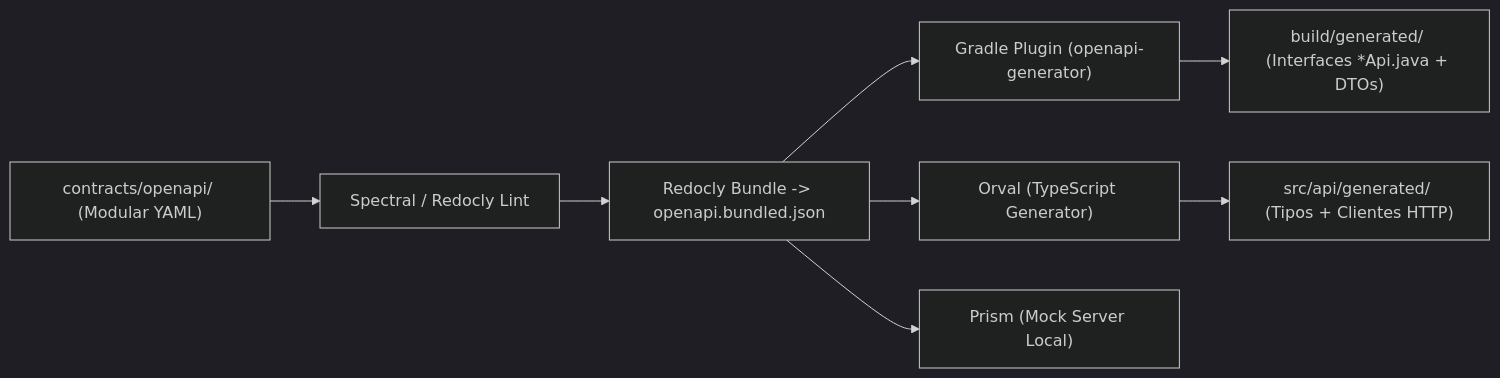
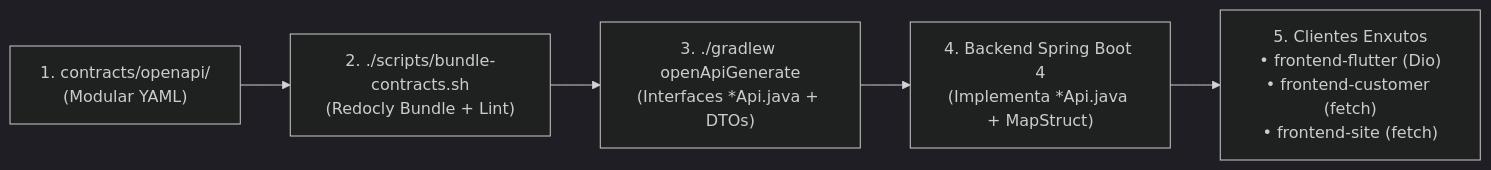
The diagram in docs/API_FIRST_AND_CONTRACTS.md (RuyXingubit/ispERP), drawn with Mermaid (dark theme) before and after one commit. The commit also changed other lines of this file and 45 other files, not shown here.

Commit message:
feat(sdd): alinhamento SDD, contratos 100% OpenAPI, infra Docker multi-stage e integração real no Flutter

````diff
--- a/docs/API_FIRST_AND_CONTRACTS.md
+++ b/docs/API_FIRST_AND_CONTRACTS.md
@@ -87,12 +79,7 @@
 ```mermaid
 flowchart LR
-    YAML["contracts/openapi/ (Modular YAML)"] --> Lint["Spectral / Redocly Lint"]
-    Lint --> Bundle["Redocly Bundle -> openapi.bundled.json"]
-    
-    Bundle --> Gradle["Gradle Plugin (openapi-generator)"]
-    Bundle --> Orval["Orval (TypeScript Generator)"]
-    Bundle --> Prism["Prism (Mock Server Local)"]
-    
-    Gradle --> JavaStubs["build/generated/ (Interfaces *Api.java + DTOs)"]
-    Orval --> TSClient["src/api/generated/ (Tipos + Clientes HTTP)"]
+    YAML["1. contracts/openapi/\n(Modular YAML)"] --> Bundle["2. ./scripts/bundle-contracts.sh\n(Redocly Bundle + Lint)"]
+    Bundle --> Gradle["3. ./gradlew openApiGenerate\n(Interfaces *Api.java + DTOs)"]
+    Gradle --> Controllers["4. Backend Spring Boot 4\n(Implementa *Api.java + MapStruct)"]
+    Controllers --> Clients["5. Clientes Enxutos\n• frontend-flutter (Dio)\n• frontend-customer (fetch)\n• frontend-site (fetch)"]
 ```
````
